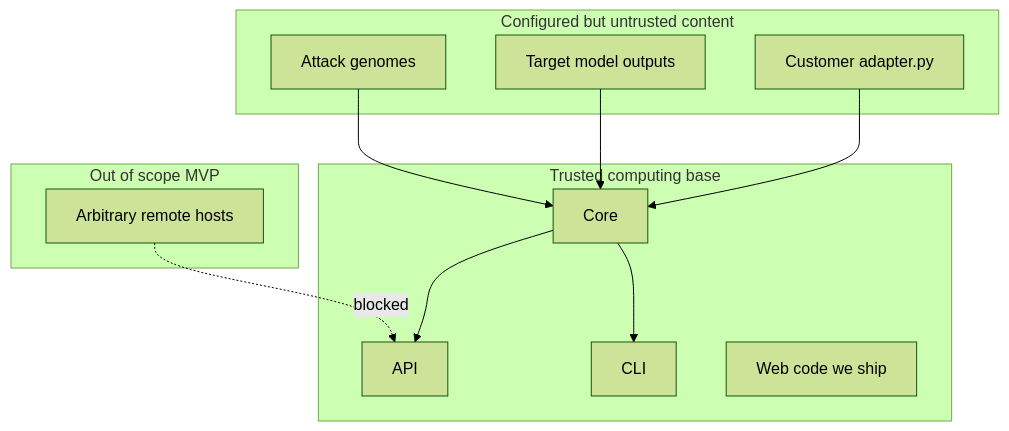
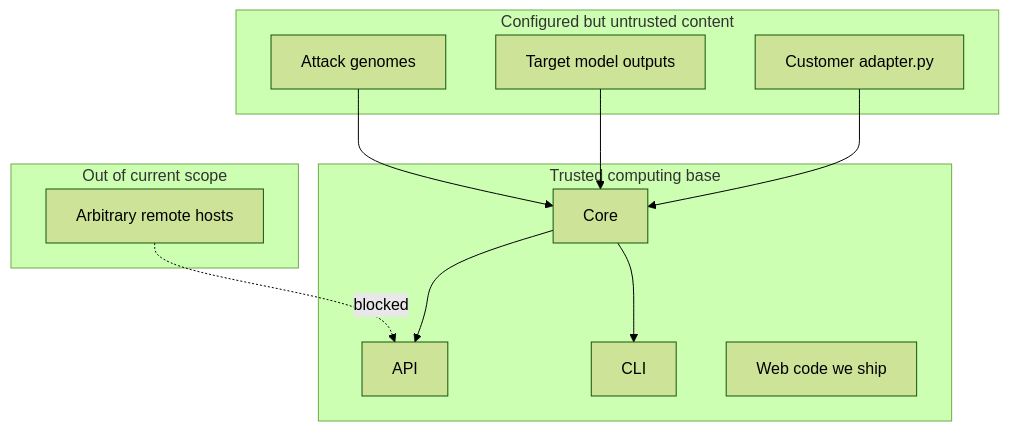
Before and after one commit to CodewithJha/mutiny: diagram 13 of 15 in docs/SYSTEM_DESIGN.md, drawn with Mermaid (forest theme). The commit also changed other lines of this file and 12 other files, not shown here.

````diff
--- a/docs/SYSTEM_DESIGN.md
+++ b/docs/SYSTEM_DESIGN.md
@@ -563,26 +563,26 @@
 ```mermaid
 flowchart TB
   subgraph trusted [Trusted computing base]
     Core
     API
     CLI
     Web_static[Web code we ship]
   end
 
   subgraph semi [Configured but untrusted content]
     AttackText[Attack genomes]
     TargetOut[Target model outputs]
     UserAdapter[Customer adapter.py]
   end
 
-  subgraph denied [Out of scope MVP]
+  subgraph denied [Out of current scope]
     Internet[Arbitrary remote hosts]
   end
 
   AttackText --> Core
   TargetOut --> Core
   UserAdapter --> Core
   Core --> API
   Core --> CLI
   Internet -.->|blocked| API
 ```
````
